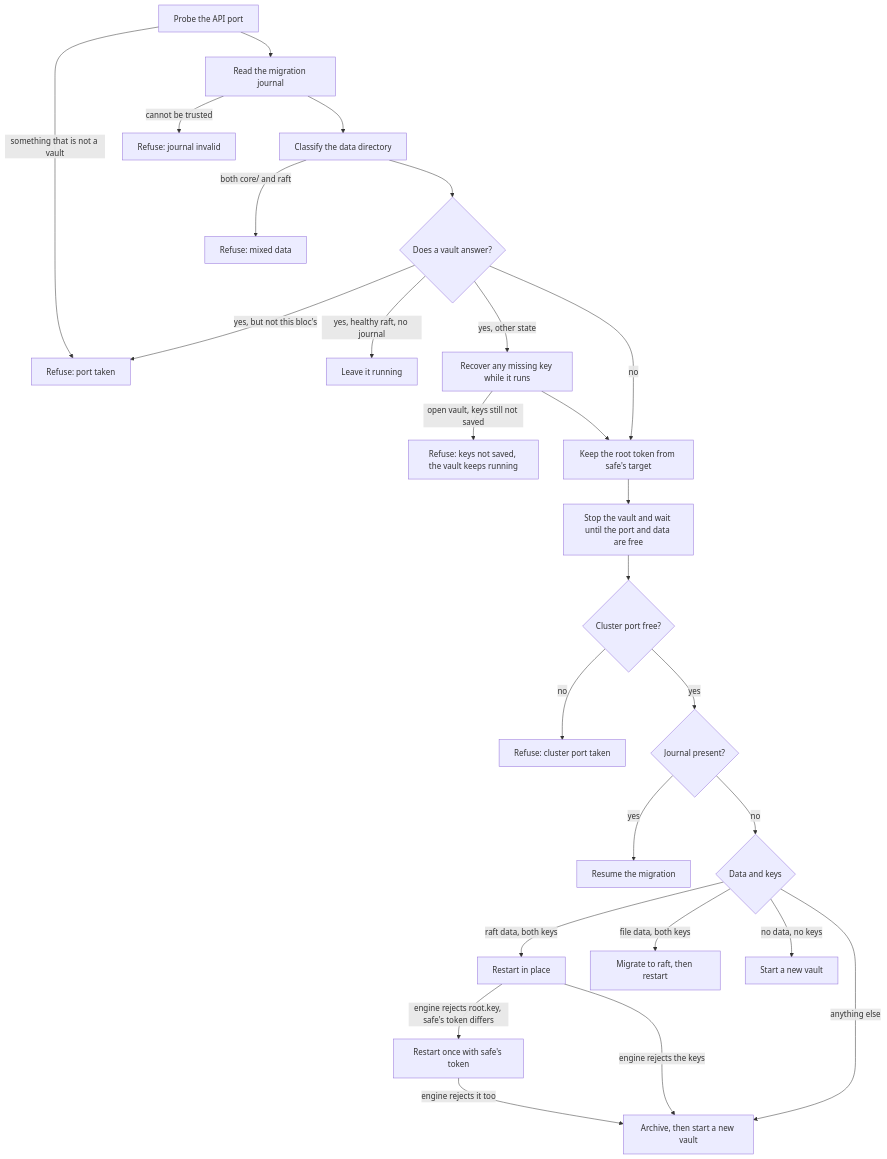
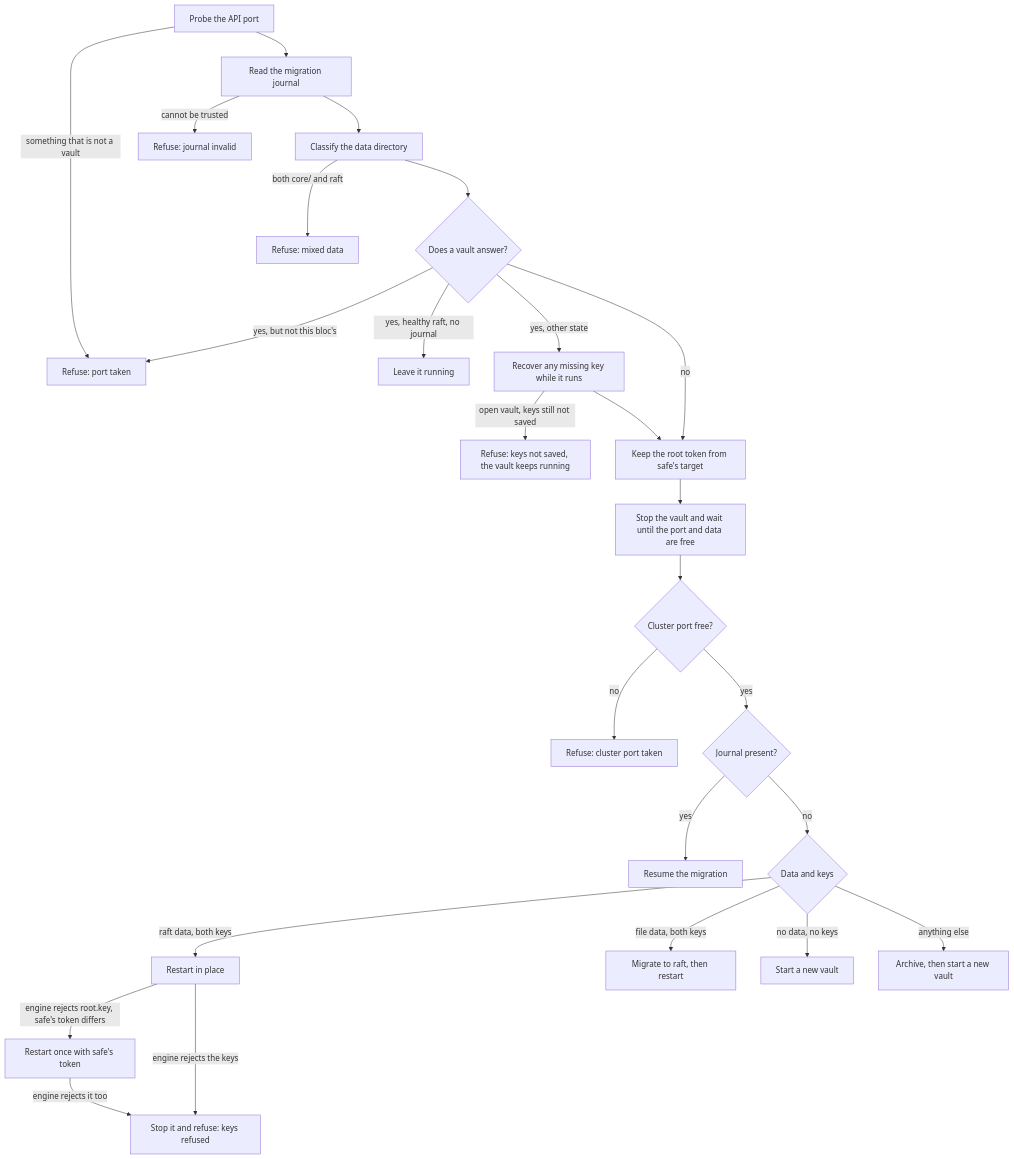
One commit to fivetwenty-io/ocfp-cli changed the diagram in docs/inception-vault.md. Above: the diagram before and after it, drawn with Mermaid. The commit also changed other lines of this file and 7 other files, not shown here.

````diff
--- a/docs/inception-vault.md
+++ b/docs/inception-vault.md
@@ -68,28 +68,28 @@
 ```mermaid
 flowchart TD
     A[Probe the API port] -->|something that is not a vault| X1[Refuse: port taken]
     A --> B[Read the migration journal]
     B -->|cannot be trusted| X2[Refuse: journal invalid]
     B --> C[Classify the data directory]
     C -->|both core/ and raft| X3[Refuse: mixed data]
     C --> D{Does a vault answer?}
     D -->|yes, but not this bloc's| X1
     D -->|yes, healthy raft, no journal| H[Leave it running]
     D -->|yes, other state| R[Recover any missing key while it runs]
     R -->|open vault, keys still not saved| X5[Refuse: keys not saved, the vault keeps running]
     D -->|no| T
     R --> T[Keep the root token from safe's target]
     T --> S[Stop the vault and wait until the port and data are free]
     S --> P{Cluster port free?}
     P -->|no| X4[Refuse: cluster port taken]
     P -->|yes| J{Journal present?}
     J -->|yes| M[Resume the migration]
     J -->|no| K{Data and keys}
     K -->|raft data, both keys| RS[Restart in place]
     K -->|file data, both keys| MG[Migrate to raft, then restart]
     K -->|no data, no keys| F[Start a new vault]
     K -->|anything else| AR[Archive, then start a new vault]
     RS -->|engine rejects root.key, safe's token differs| RT[Restart once with safe's token]
-    RS -->|engine rejects the keys| AR
-    RT -->|engine rejects it too| AR
+    RS -->|engine rejects the keys| X6[Stop it and refuse: keys refused]
+    RT -->|engine rejects it too| X6
 ```
````
